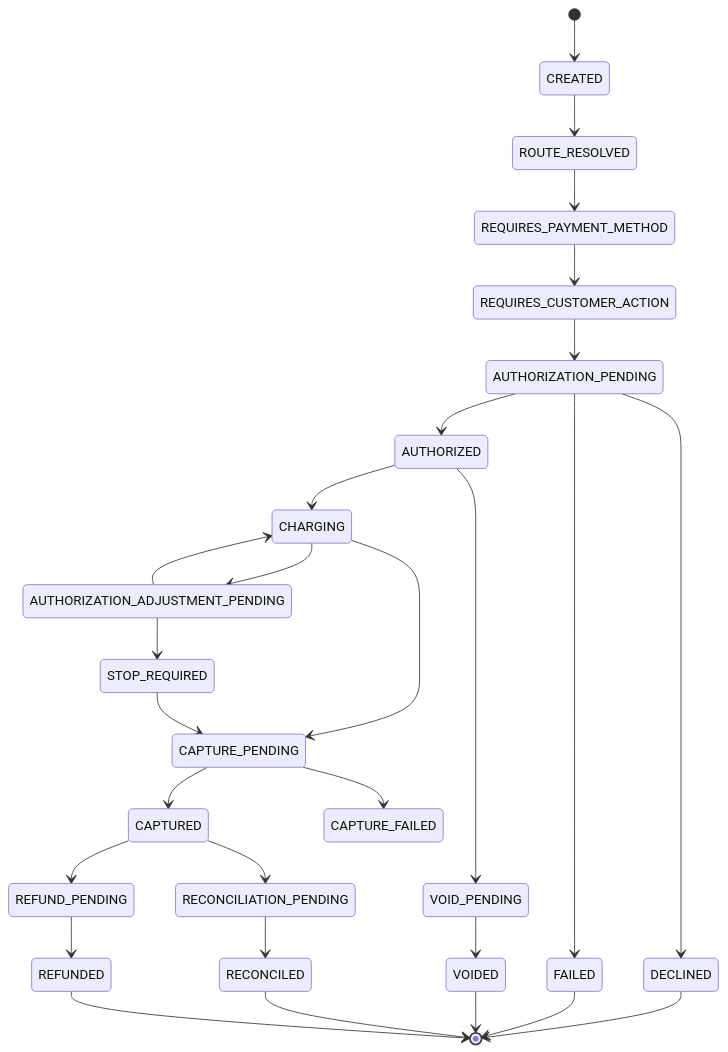
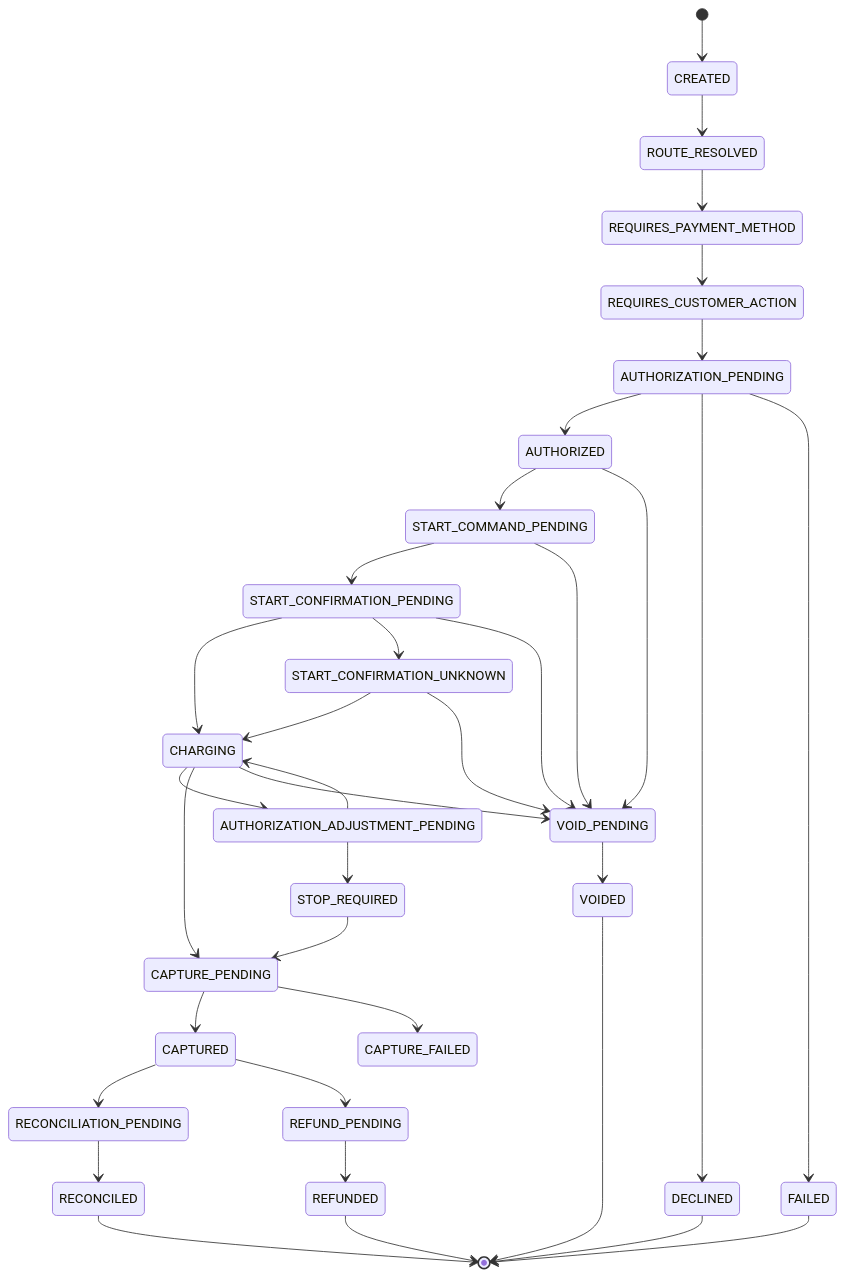
The third of 5 diagrams in docs/requests/2026-07-21-production-payment-gateway-architecture/README.md (amolsurjuse/agentic-workflow-orchestrator), drawn with Mermaid before and after one commit. The commit also changed other lines of this file, not shown here.

Commit message:
docs: add payment compensation and refund flow

````diff
--- a/docs/requests/2026-07-21-production-payment-gateway-architecture/README.md
+++ b/docs/requests/2026-07-21-production-payment-gateway-architecture/README.md
@@ -615,30 +635,38 @@
 ```mermaid
 stateDiagram-v2
     [*] --> CREATED
     CREATED --> ROUTE_RESOLVED
     ROUTE_RESOLVED --> REQUIRES_PAYMENT_METHOD
     REQUIRES_PAYMENT_METHOD --> REQUIRES_CUSTOMER_ACTION
     REQUIRES_CUSTOMER_ACTION --> AUTHORIZATION_PENDING
     AUTHORIZATION_PENDING --> AUTHORIZED
     AUTHORIZATION_PENDING --> DECLINED
     AUTHORIZATION_PENDING --> FAILED
-    AUTHORIZED --> CHARGING
+    AUTHORIZED --> START_COMMAND_PENDING
+    START_COMMAND_PENDING --> START_CONFIRMATION_PENDING
+    START_COMMAND_PENDING --> VOID_PENDING
+    START_CONFIRMATION_PENDING --> CHARGING
+    START_CONFIRMATION_PENDING --> START_CONFIRMATION_UNKNOWN
+    START_CONFIRMATION_PENDING --> VOID_PENDING
+    START_CONFIRMATION_UNKNOWN --> CHARGING
+    START_CONFIRMATION_UNKNOWN --> VOID_PENDING
     CHARGING --> AUTHORIZATION_ADJUSTMENT_PENDING
     AUTHORIZATION_ADJUSTMENT_PENDING --> CHARGING
     AUTHORIZATION_ADJUSTMENT_PENDING --> STOP_REQUIRED
     CHARGING --> CAPTURE_PENDING
+    CHARGING --> VOID_PENDING
     STOP_REQUIRED --> CAPTURE_PENDING
     CAPTURE_PENDING --> CAPTURED
     CAPTURE_PENDING --> CAPTURE_FAILED
     AUTHORIZED --> VOID_PENDING
     VOID_PENDING --> VOIDED
     CAPTURED --> RECONCILIATION_PENDING
     RECONCILIATION_PENDING --> RECONCILED
     CAPTURED --> REFUND_PENDING
     REFUND_PENDING --> REFUNDED
     DECLINED --> [*]
     FAILED --> [*]
     VOIDED --> [*]
     RECONCILED --> [*]
     REFUNDED --> [*]
 ```
````
